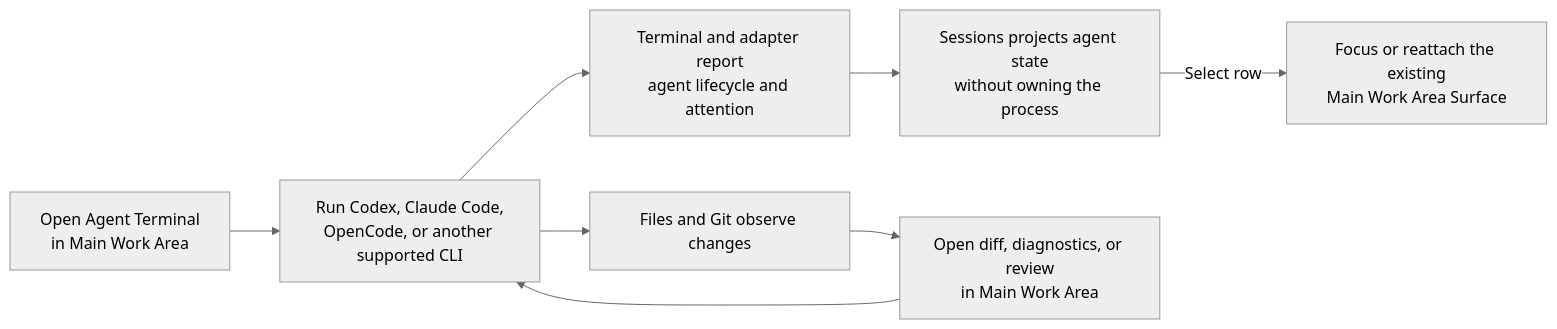
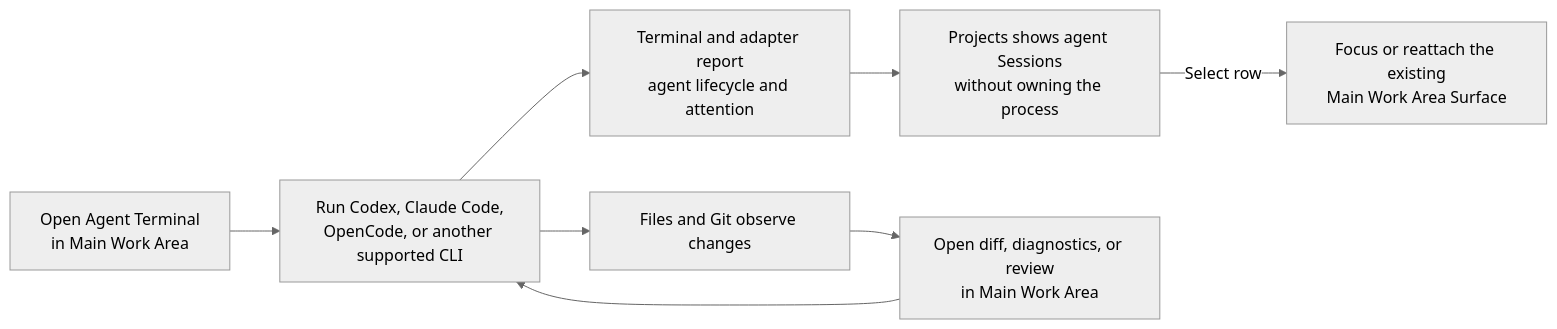
The second of 3 diagrams in docs/src/development/dez/fork-notes.md (Oreoro/dez), drawn with Mermaid (neutral theme) before and after one commit. The commit also changed other lines of this file and 22 other files, not shown here.

````diff
--- a/docs/src/development/dez/fork-notes.md
+++ b/docs/src/development/dez/fork-notes.md
@@ -98,10 +98,10 @@
 ```mermaid
 flowchart LR
     START["Open Agent Terminal<br/>in Main Work Area"] --> RUN["Run Codex, Claude Code,<br/>OpenCode, or another supported CLI"]
     RUN --> OBSERVE["Terminal and adapter report<br/>agent lifecycle and attention"]
-    OBSERVE --> SESSIONS["Sessions projects agent state<br/>without owning the process"]
+    OBSERVE --> SESSIONS["Projects shows agent Sessions<br/>without owning the process"]
     SESSIONS -->|Select row| RETURN["Focus or reattach the existing<br/>Main Work Area Surface"]
     RUN --> CHANGES["Files and Git observe changes"]
     CHANGES --> REVIEW["Open diff, diagnostics, or review<br/>in Main Work Area"]
     REVIEW --> RUN
 ```
````
